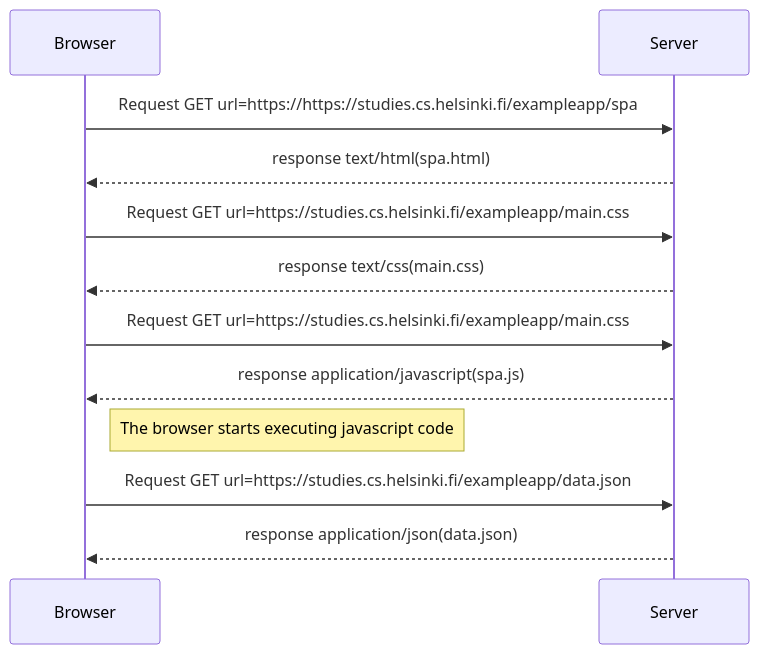
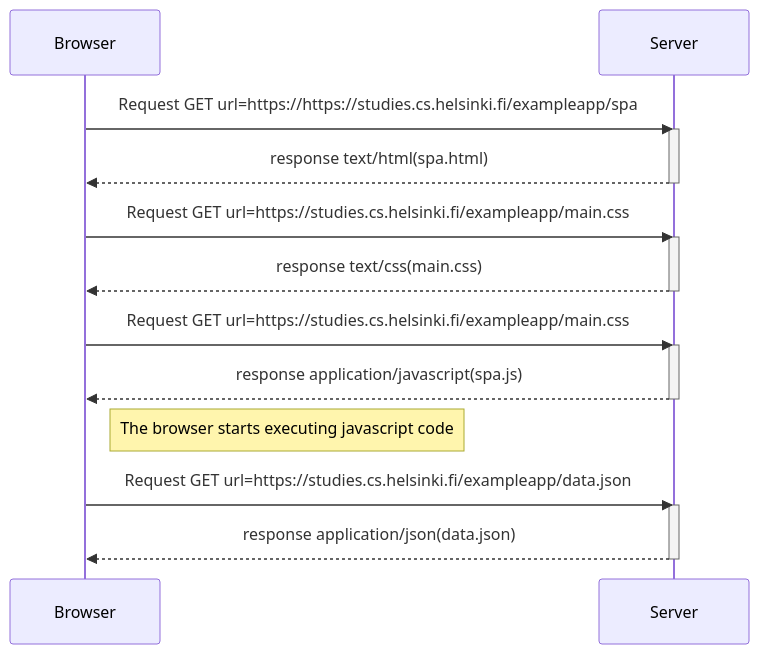
The diagram in exercises-0_5.md (diabennd/part0-fullstackopen), drawn with Mermaid before and after one commit.

Commit message:
update SPA diagram

````diff
--- a/exercises-0_5.md
+++ b/exercises-0_5.md
@@ -1,17 +1,28 @@
 ```mermaid
 sequenceDiagram
     participant Browser 
     participant Server
 
     Browser->>Server: Request GET url=https://https://studies.cs.helsinki.fi/exampleapp/spa
+    activate Server
     Server -->> Browser: response text/html(spa.html)
+    deactivate Server
+
     Browser->>Server: Request GET url=https://studies.cs.helsinki.fi/exampleapp/main.css
+    activate Server
     Server -->> Browser: response text/css(main.css)
+    deactivate Server
+    
     Browser->>Server: Request GET url=https://studies.cs.helsinki.fi/exampleapp/main.css
+    activate Server
     Server -->> Browser: response application/javascript(spa.js)
-
+    deactivate Server
+    
     Note right of Browser: The browser starts executing javascript code
 
     Browser->>Server: Request GET url=https://studies.cs.helsinki.fi/exampleapp/data.json
+    activate Server
     Server -->> Browser: response application/json(data.json)
+    deactivate Server
+
 ```
````
